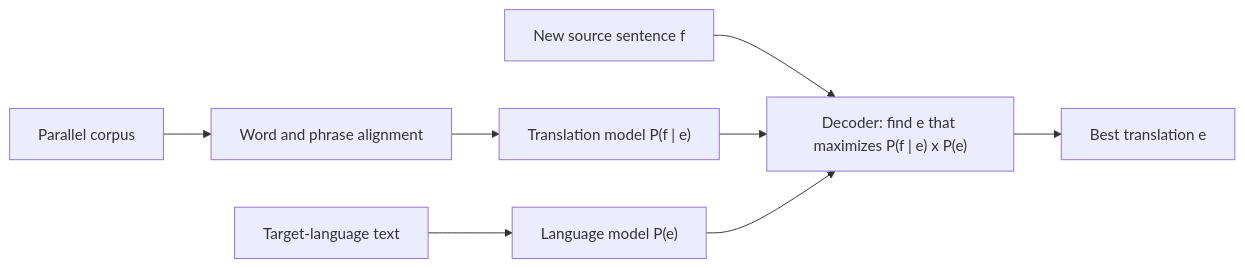
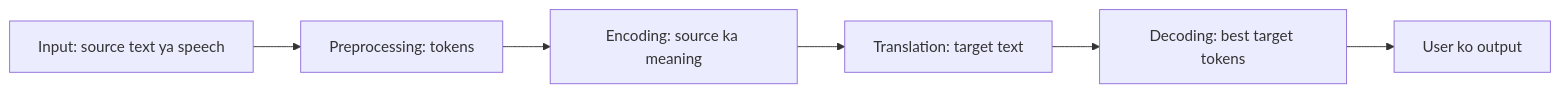
Before and after one commit to TrendySloth1001/sem-seven-notes: the second of 9 diagrams in content/natural-language-processing/notes/nlp-applications.hi.mdx, drawn with Mermaid. The commit also changed other lines of this file and 406 other files, not shown here.

````diff
--- a/content/natural-language-processing/notes/nlp-applications.hi.mdx
+++ b/content/natural-language-processing/notes/nlp-applications.hi.mdx
@@ -161,11 +65,9 @@
 ```mermaid
-%% caption: SMT pipeline. Training dono models banati hai; decoding unse naya sentence translate karti hai.
+%% caption: Machine translation system ka working, step by step.
 flowchart LR
-  P["Parallel corpus"] --> A["Word and phrase alignment"]
-  A --> TM["Translation model P(f | e)"]
-  E["Target-language text"] --> LM["Language model P(e)"]
-  S["New source sentence f"] --> D["Decoder: find e that maximizes P(f | e) x P(e)"]
-  TM --> D
-  LM --> D
-  D --> O["Best translation e"]
+  A["Input: source text ya speech"] --> B["Preprocessing: tokens"]
+  B --> C["Encoding: source ka meaning"]
+  C --> D["Translation: target text"]
+  D --> E["Decoding: best target tokens"]
+  E --> F["User ko output"]
 ```
````
